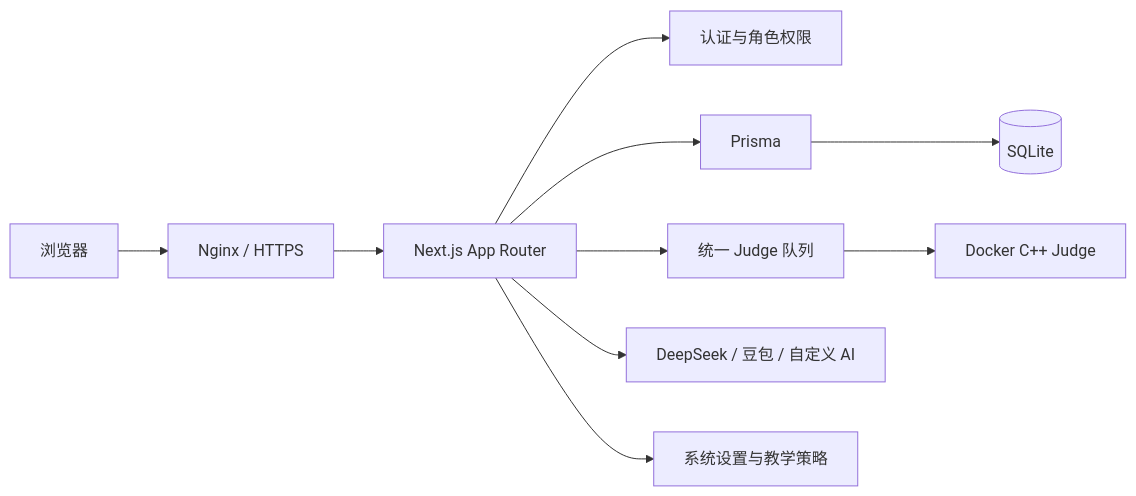
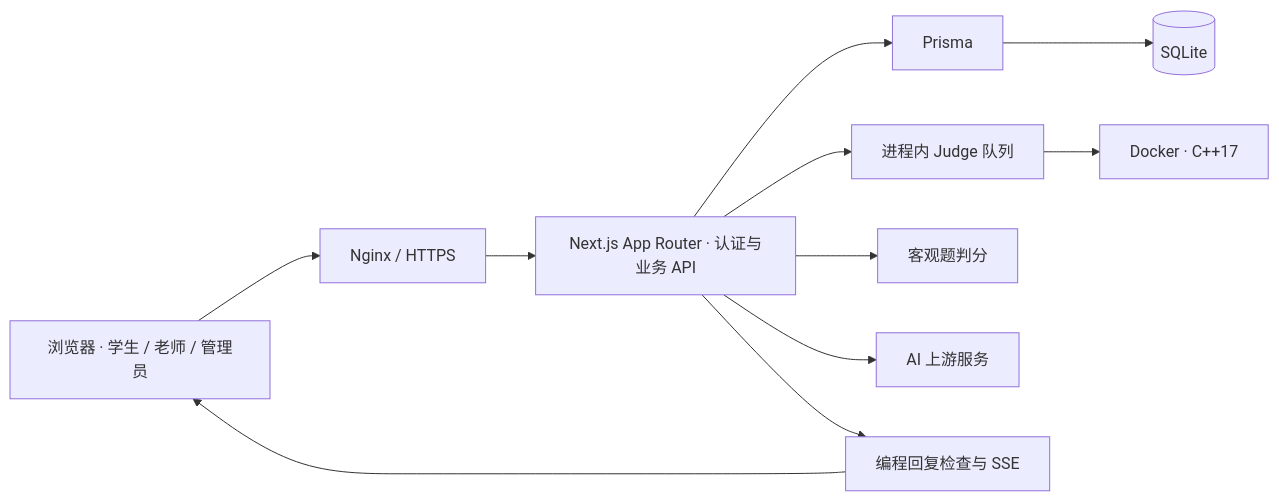
Before and after one commit to wenbob/OJ: the diagram in README.md, drawn with Mermaid. The commit also changed other lines of this file, not shown here.

````diff
--- a/README.md
+++ b/README.md
@@ -51,15 +182,13 @@
 ```mermaid
 flowchart LR
-    Browser[浏览器] --> Nginx[Nginx / HTTPS]
-    Nginx --> App[Next.js App Router]
-
-    App --> Auth[认证与角色权限]
-    App --> Prisma[Prisma]
-    Prisma --> SQLite[(SQLite)]
-
-    App --> Queue[统一 Judge 队列]
-    Queue --> Docker[Docker C++ Judge]
-
-    App --> AI[DeepSeek / 豆包 / 自定义 AI]
-    App --> Settings[系统设置与教学策略]
+    Browser["浏览器 · 学生 / 老师 / 管理员"] --> Nginx["Nginx / HTTPS"]
+    Nginx --> App["Next.js App Router · 认证与业务 API"]
+    App --> Prisma["Prisma"]
+    Prisma --> SQLite[("SQLite")]
+    App --> Queue["进程内 Judge 队列"]
+    Queue --> Judge["Docker · C++17"]
+    App --> Objective["客观题判分"]
+    App --> AI["AI 上游服务"]
+    App --> SSE["编程回复检查与 SSE"]
+    SSE --> Browser
 ```
````
